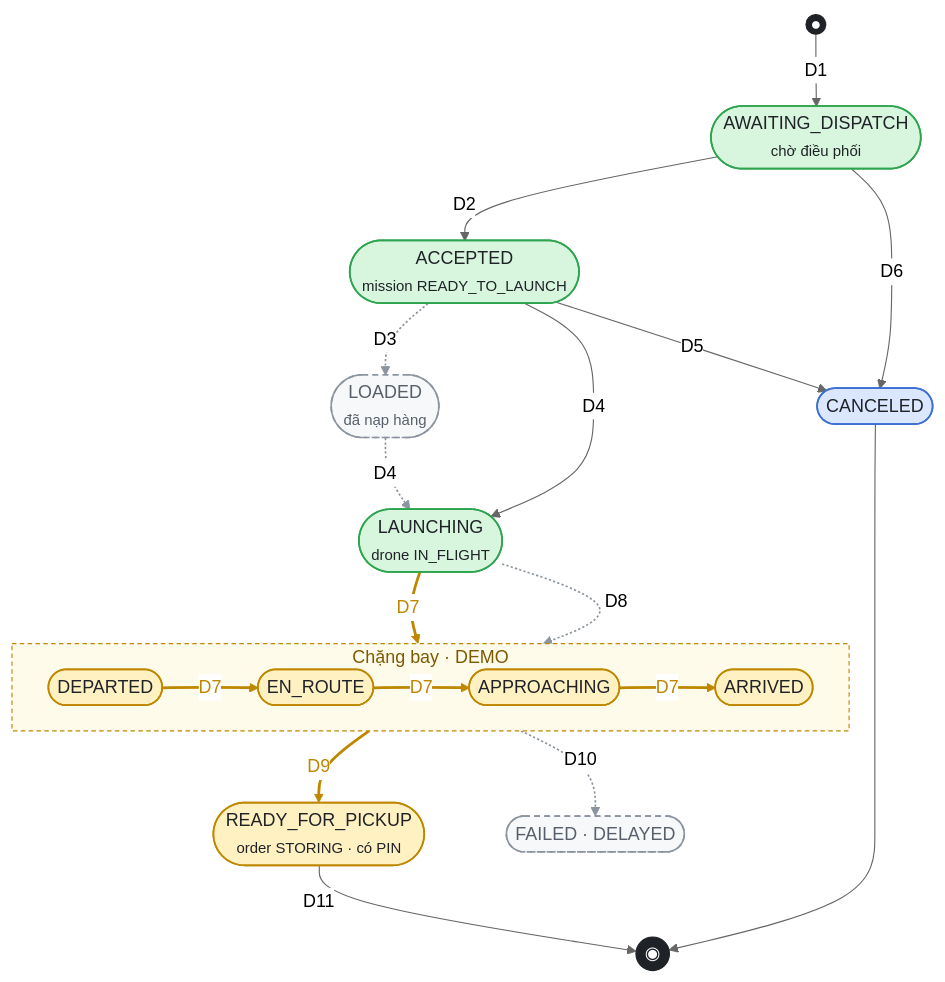
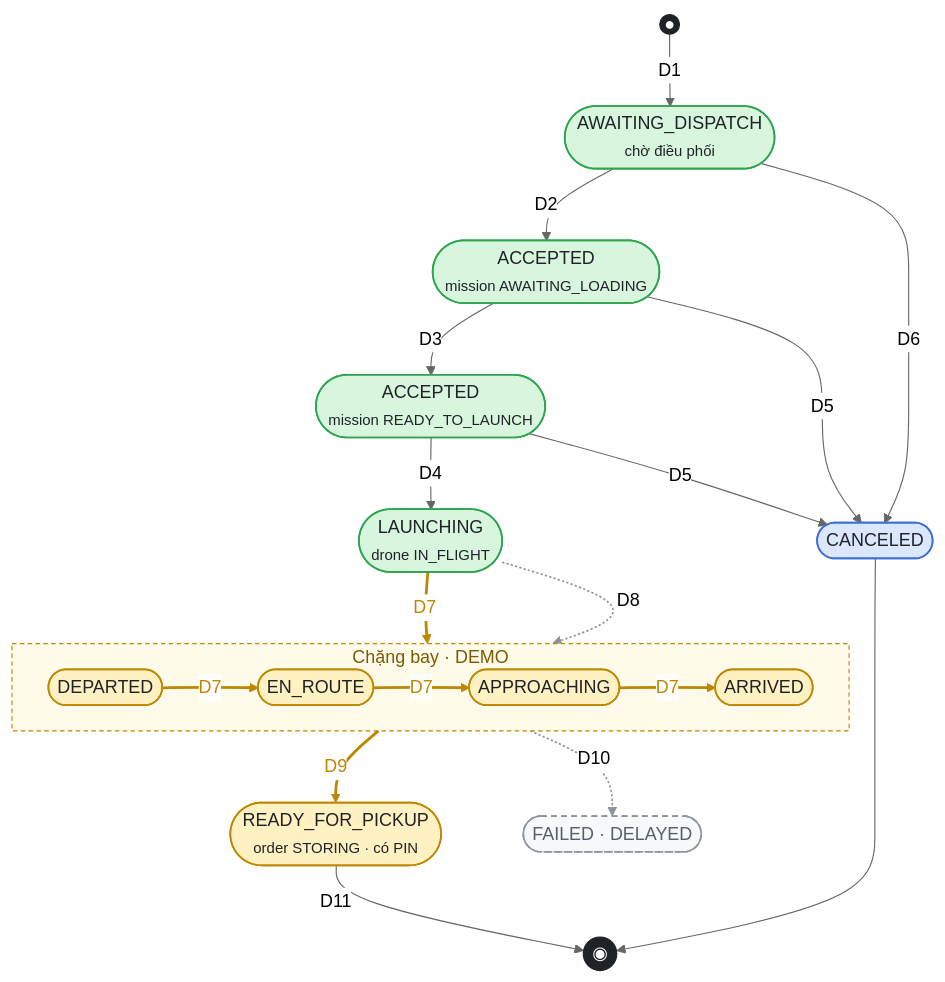
One commit to LockR-Tech/docs changed the diagram in diagrams/src/drone-mission.mmd. Above: the diagram before and after it, drawn with Mermaid (neutral theme). The commit also changed 4 other files, not shown here.

```diff
--- a/diagrams/src/drone-mission.mmd
+++ b/diagrams/src/drone-mission.mmd
@@ -1,57 +1,57 @@
 %% @title Vòng đời giao hàng Drone — deliveryStage & DroneMission
-%% @subtitle Nguồn: <code>order-service/…/DroneOrderMaintenanceService.java</code> · <code>DroneDeliverySimulator.java</code> · <code>OrderService.java:215-253</code> — Luồng 1 — rà soát code 2026-09-20
+%% @subtitle Nguồn: <code>order-service/…/DroneOrderMaintenanceService.java</code> · <code>DroneDeliverySimulator.java</code> · <code>OrderService.java:215-253</code> — Luồng 1 — rà soát code 2026-09-25
 %% @orientation portrait
 %% @legend <span class="sw ok"></span>Chạy thật (STANDARD)
 %% @legend <span class="sw demo"></span>Chỉ đạt được ở DEMO
 %% @legend <span class="sw gap"></span>Cần có — CHƯA code
 %% @legend <span class="sw end"></span>Kết thúc
 %% @row D1 | ∅ → AWAITING_DISPATCH | <code>POST /api/orders/drone-deliveries</code> | CUSTOMER | giữ ô DRONE 24h, payment UNPAID, báo nhóm DRONE_TECHNICIAN; người nhận luôn là người đặt
-%% @row D2 | AWAITING_DISPATCH → ACCEPTED | <code>POST /api/drone-technician/drone-orders/{id}/accept</code> | DRONE_TECHNICIAN | PAID · drone IDLE · pin đủ ngưỡng · locker ACTIVE · pad OK → khóa DB và giữ drone RESERVED → mission READY_TO_LAUNCH; chặn mission trùng
-%% @row ~D3 | ACCEPTED → LOADED | xác nhận nạp hàng tại điểm đi (ô nguồn, người nạp) | DRONE_TECHNICIAN | CHƯA CÓ bước nạp hàng
-%% @row D4 | ACCEPTED → LAUNCHING | <code>POST …/{id}/launch</code> | DRONE_TECHNICIAN | mission READY_TO_LAUNCH; kiểm tra lại RESERVED · active · pin · pad OK; compare-and-set drone IN_FLIGHT
-%% @row D5 | ACCEPTED → CANCELED | <code>POST …/{id}/cancel</code> | DRONE_TECHNICIAN | RESERVED → IDLE, xoá mission, nhả ô, báo khách; không hoàn tiền
+%% @row D2 | AWAITING_DISPATCH → ACCEPTED | <code>POST /api/drone-technician/drone-orders/{id}/accept</code> | DRONE_TECHNICIAN | PAID · drone IDLE · pin đủ ngưỡng · locker ACTIVE · pad OK → khóa DB và giữ drone RESERVED → mission AWAITING_LOADING; chặn mission trùng
+%% @row D3 | ACCEPTED / AWAITING_LOADING → READY_TO_LAUNCH | <code>POST …/{id}/loading-confirmation</code> | đội viên đã nhận | ghi trạm nguồn, người nạp, cân nặng, niêm phong; bắt buộc đúng kiện · cố định · khóa khoang; chặn quá tải
+%% @row D4 | ACCEPTED / READY_TO_LAUNCH → LAUNCHING | <code>POST …/{id}/launch</code> | đội viên đã nhận | bắt buộc hồ sơ nạp; kiểm tra lại RESERVED · active · pin · pad OK; compare-and-set drone IN_FLIGHT
+%% @row D5 | ACCEPTED → CANCELED | <code>POST …/{id}/cancel</code> | đội viên đã nhận | cho phép khi AWAITING_LOADING hoặc READY_TO_LAUNCH; RESERVED → IDLE, xoá mission, nhả ô, báo khách; không hoàn tiền
 %% @row D6 | AWAITING_DISPATCH → CANCELED | <code>PUT /api/orders/{id}/cancel</code> | CUSTOMER | order → CANCELED nhưng <b>deliveryStage giữ nguyên</b>; app không có nút huỷ cho đơn drone
 %% @row !D7 | LAUNCHING → DEPARTED → … → ARRIVED | <code>DroneDeliverySimulator</code> mỗi 3 giây | hệ thống | chỉ fulfillmentMode = DEMO (mặc định cho mọi người). Push ở DEPARTED, APPROACHING, ARRIVED
 %% @row ~D8 | LAUNCHING → … → ARRIVED | telemetry thật (MAVLink/MQTT) → iot-service | drone | CHƯA CÓ ⇒ ở STANDARD đơn đứng yên tại LAUNCHING
 %% @row !D9 | ARRIVED → READY_FOR_PICKUP | simulator: mission DEPOSITED, order STORING, cấp PIN 6 số hạn 24h | hệ thống | chỉ DEMO; ô vẫn RESERVED (không OCCUPIED); push không kèm PIN
 %% @row ~D10 | EN_ROUTE · APPROACHING → FAILED · DELAYED | abort / lỗi drone / thời tiết | hệ thống · DRONE_TECHNICIAN | CHƯA CÓ (app mobile đã có nhãn delayed/failed nhưng backend không gửi)
 %% @row D11 | READY_FOR_PICKUP → (order COMPLETED) | <code>PUT /api/orders/{id}/complete</code> | người đặt | cần PAID. Mở ô bằng PIN ở kiosk <b>không</b> hoàn tất đơn
 %% @note Theo dõi hành trình: app hỏi <code>GET /api/orders/{id}/drone-delivery</code> mỗi 3 giây, API trả missionId/droneCode/eta = null; bản đồ live (STOMP) đã tắt bằng feature flag, không service nào phát vị trí.
-%% @note DroneMission.status dùng cùng tên chặng + READY_TO_LAUNCH/DEPOSITED; khi huỷ, dòng mission bị <b>xoá</b> thay vì đánh dấu CANCELED.
+%% @note DroneMission.status dùng AWAITING_LOADING/READY_TO_LAUNCH rồi cùng tên chặng bay + DEPOSITED; khi huỷ, dòng mission bị <b>xoá</b> thay vì đánh dấu CANCELED.
 %%{init: {"flowchart": {"nodeSpacing": 26, "rankSpacing": 40, "padding": 8, "curve": "basis"}}}%%
 flowchart TB
     S(("●")) -->|D1| AW(["AWAITING_DISPATCH<br/><small>chờ điều phối</small>"])
-    AW -->|D2| ACC(["ACCEPTED<br/><small>mission READY_TO_LAUNCH</small>"])
-    ACC -.->|D3| LOAD(["LOADED<br/><small>đã nạp hàng</small>"])
-    LOAD -.->|D4| LAU
-    ACC -->|D4| LAU(["LAUNCHING<br/><small>drone IN_FLIGHT</small>"])
+    AW -->|D2| ACC(["ACCEPTED<br/><small>mission AWAITING_LOADING</small>"])
+    ACC -->|D3| LOAD(["ACCEPTED<br/><small>mission READY_TO_LAUNCH</small>"])
+    LOAD -->|D4| LAU(["LAUNCHING<br/><small>drone IN_FLIGHT</small>"])
     ACC -->|D5| CAN(["CANCELED"])
+    LOAD -->|D5| CAN
     AW -->|D6| CAN
     subgraph FLIGHT["Chặng bay · DEMO"]
         direction LR
         DEP(["DEPARTED"]) -->|D7| ENR(["EN_ROUTE"])
         ENR -->|D7| APP(["APPROACHING"])
         APP -->|D7| ARR(["ARRIVED"])
     end
     LAU -->|D7| DEP
     ARR -->|D9| RFP(["READY_FOR_PICKUP<br/><small>order STORING · có PIN</small>"])
     LAU -.->|D8| DEP
     FLIGHT -.->|D10| FAIL(["FAILED · DELAYED"])
     RFP -->|D11| E((("◉")))
     CAN --> E
 
     classDef ok fill:#d8f5dd,stroke:#2da44e,stroke-width:1.5px,color:#1f2328
     classDef demo fill:#fff1c2,stroke:#bf8700,stroke-width:1.5px,color:#1f2328
     classDef gap fill:#f6f8fa,stroke:#8c959f,stroke-width:1.5px,stroke-dasharray:5 4,color:#57606a
     classDef fin fill:#dbe7ff,stroke:#3b6fd4,stroke-width:1.5px,color:#1f2328
     classDef term fill:#1f2328,stroke:#1f2328,color:#ffffff
-    class AW,ACC,LAU ok
+    class AW,ACC,LOAD,LAU ok
     class DEP,ENR,APP,ARR,RFP demo
-    class LOAD,FAIL gap
+    class FAIL gap
     class CAN fin
     class S,E term
 
     style FLIGHT fill:#fffbeb,stroke:#bf8700,stroke-dasharray:4 3,color:#7d5a00
 
-    linkStyle 2,3,12,13 stroke:#8c959f,stroke-width:1.5px
+    linkStyle 12,13 stroke:#8c959f,stroke-width:1.5px
     linkStyle 7,8,9,10,11 stroke:#bf8700,stroke-width:2.5px,color:#bf8700
```
